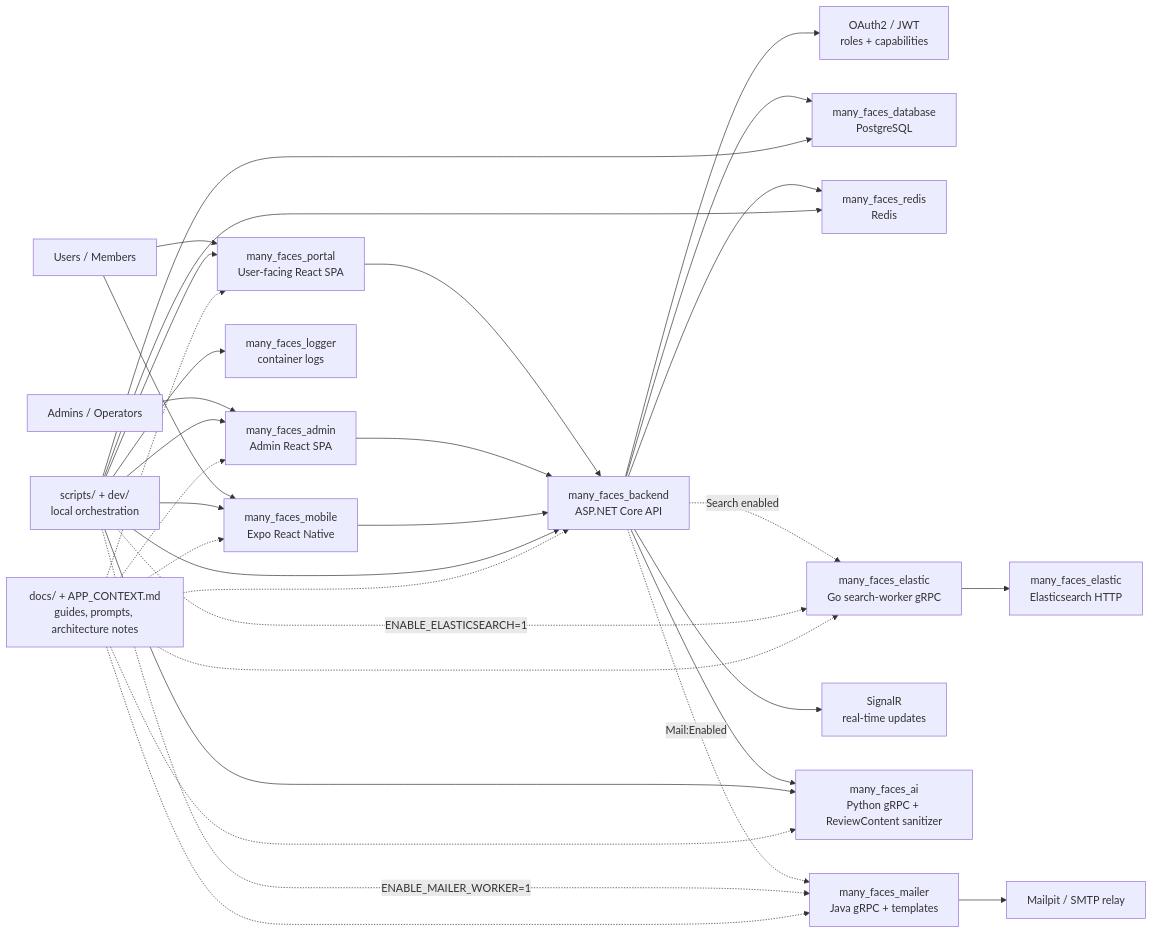
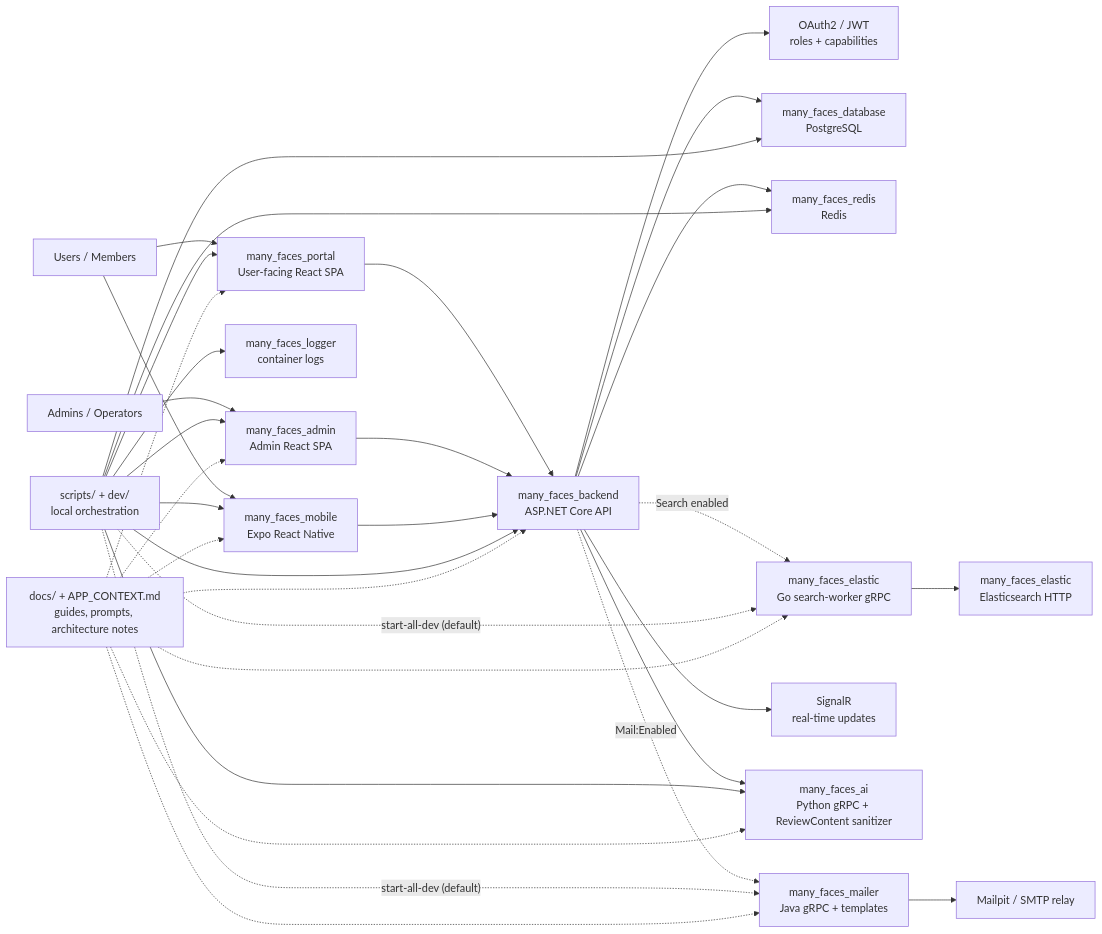
Before and after one commit to 01laky/mfai_demo: the third of 13 diagrams in README.md, drawn with Mermaid. The commit also changed other lines of this file and 18 other files, not shown here.

First line of the commit message:
docs+ci: dev stack contracts, guides, Mermaid, and verify script

````diff
--- a/README.md
+++ b/README.md
@@ -100,43 +100,43 @@
 ```mermaid
 flowchart LR
     visitor["Users / Members"] --> fe["many_faces_portal<br/>User-facing React SPA"]
     visitor --> mobile["many_faces_mobile<br/>Expo React Native"]
     adminUser["Admins / Operators"] --> admin["many_faces_admin<br/>Admin React SPA"]
 
     fe --> api["many_faces_backend<br/>ASP.NET Core API"]
     admin --> api
     mobile --> api
 
     api --> auth["OAuth2 / JWT<br/>roles + capabilities"]
     api --> db["many_faces_database<br/>PostgreSQL"]
     api --> redis["many_faces_redis<br/>Redis"]
     sw["many_faces_elastic<br/>Go search-worker gRPC"]
     esx["many_faces_elastic<br/>Elasticsearch HTTP"]
     sw --> esx
     api -.->|"Search enabled"| sw
     api --> realtime["SignalR<br/>real-time updates"]
     api --> ai["many_faces_ai<br/>Python gRPC + ReviewContent sanitizer"]
     mw["many_faces_mailer<br/>Java gRPC + templates"]
     smtp["Mailpit / SMTP relay"]
     api -.->|"Mail:Enabled"| mw
     mw --> smtp
 
     scripts["scripts/ + dev/<br/>local orchestration"] --> fe
     scripts --> admin
     scripts --> api
     scripts --> db
     scripts --> redis
-    scripts -.->|"ENABLE_ELASTICSEARCH=1"| sw
-    scripts -.->|"ENABLE_MAILER_WORKER=1"| mw
+    scripts -.->|"start-all-dev (default)"| sw
+    scripts -.->|"start-all-dev (default)"| mw
     scripts --> ai
     scripts --> mobile
     scripts --> logs["many_faces_logger<br/>container logs"]
 
     docs["docs/ + APP_CONTEXT.md<br/>guides, prompts, architecture notes"] -.-> fe
     docs -.-> admin
     docs -.-> api
     docs -.-> ai
     docs -.-> mobile
     docs -.-> sw
     docs -.-> mw
 ```
````
